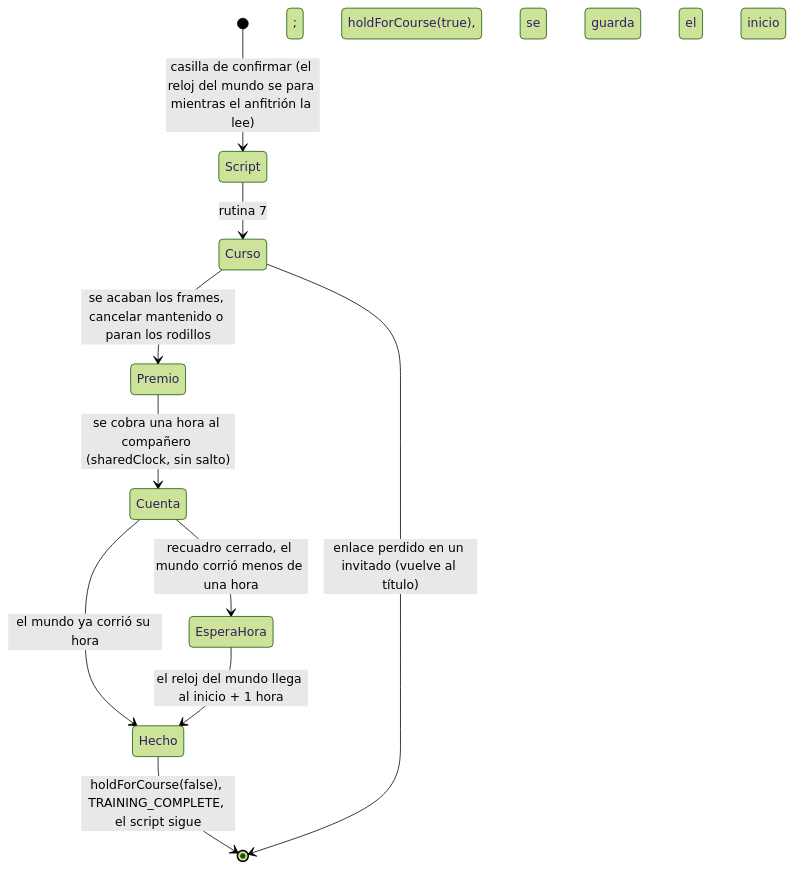
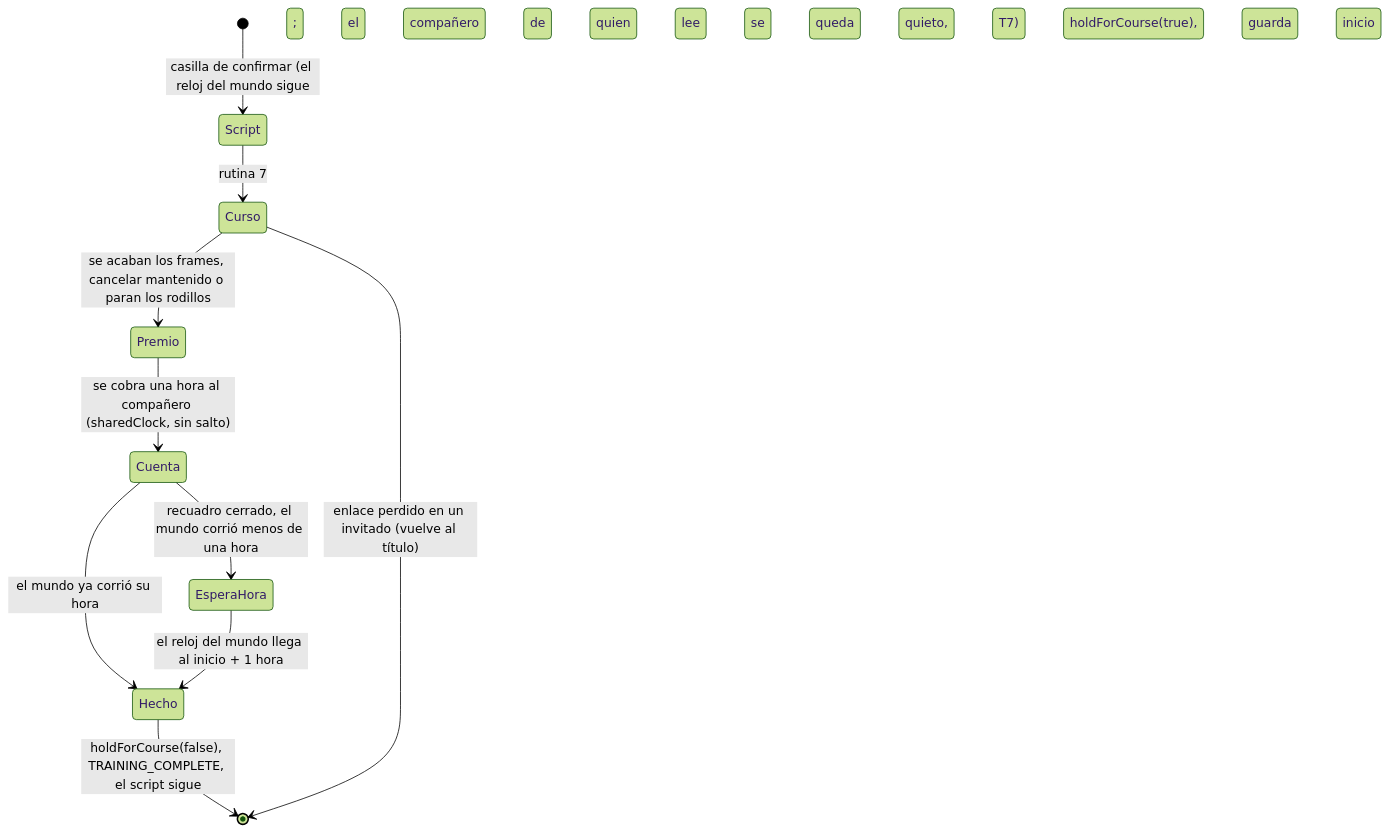
Before and after one commit to Indie-Modding-Games/dw-engine: the second of 2 diagrams in docs/es/architecture/coop-training.md, drawn with Mermaid (forest theme). The commit also changed other lines of this file and 3 other files, not shown here.

````diff
--- a/docs/es/architecture/coop-training.md
+++ b/docs/es/architecture/coop-training.md
@@ -159,12 +159,12 @@
 ```mermaid
 stateDiagram-v2
-  [*] --> Script: casilla de confirmar (el reloj del mundo se para mientras el anfitrión la lee)
+  [*] --> Script: casilla de confirmar (el reloj del mundo sigue; el compañero de quien lee se queda quieto, T7)
   Script --> Curso: rutina 7; holdForCourse(true), se guarda el inicio
   Curso --> Premio: se acaban los frames, cancelar mantenido o paran los rodillos
   Premio --> Cuenta: se cobra una hora al compañero (sharedClock, sin salto)
   Cuenta --> EsperaHora: recuadro cerrado, el mundo corrió menos de una hora
   Cuenta --> Hecho: el mundo ya corrió su hora
   EsperaHora --> Hecho: el reloj del mundo llega al inicio + 1 hora
   Hecho --> [*]: holdForCourse(false), TRAINING_COMPLETE, el script sigue
   Curso --> [*]: enlace perdido en un invitado (vuelve al título)
 ```
````
